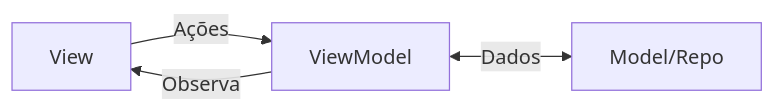
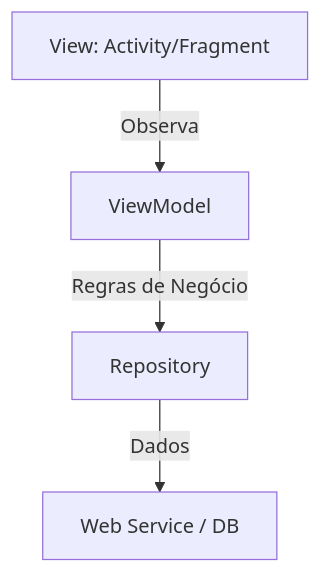
One commit to ricardotecpro/ads_mod_11_qualidade_e_testes_de_software changed the diagram in docs/slides/src/slide-07.md. Above: the diagram before and after it, drawn with Mermaid. The commit also changed other lines of this file and 186 other files, not shown here.

````diff
--- a/docs/slides/src/slide-07.md
+++ b/docs/slides/src/slide-07.md
@@ -31,6 +26,6 @@
 ```mermaid
-graph LR
-    V[View] -->|Ações| VM[ViewModel]
-    VM -->|Observa| V
-    VM <-->|Dados| M[Model/Repo]
+graph TD
+    View[View: Activity/Fragment] -->|Observa| VM[ViewModel]
+    VM -->|Regras de Negócio| Repository[Repository]
+    Repository -->|Dados| API[Web Service / DB]
 ```
````
